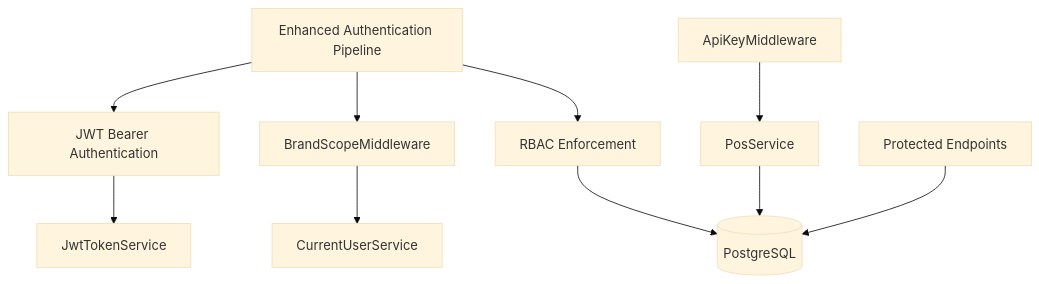
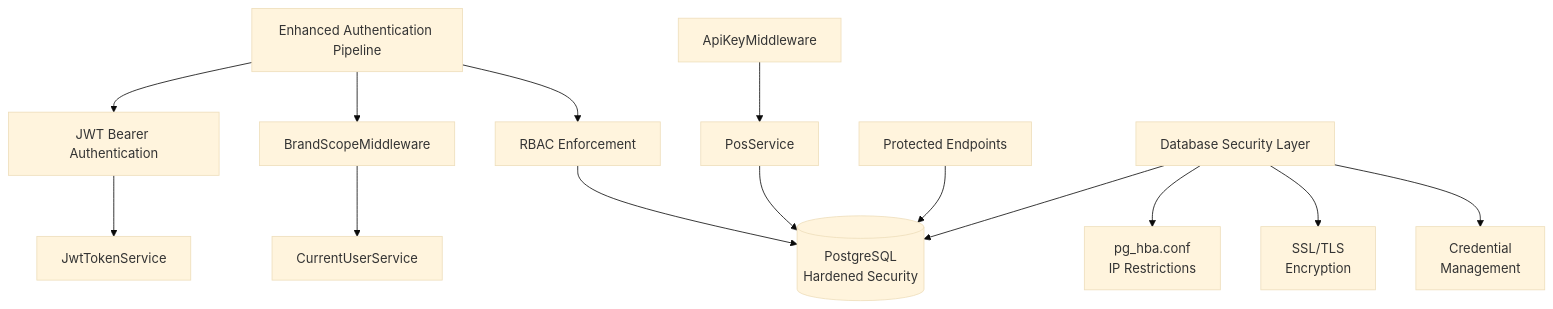
Before and after one commit to lamhongbac/NonCash: the ninth of 9 diagrams in .qoder/repowiki/en/content/System Architecture/Security Architecture.md, drawn with Mermaid (base theme). The commit also changed other lines of this file and 32 other files, not shown here.

````diff
--- a/.qoder/repowiki/en/content/System Architecture/Security Architecture.md
+++ b/.qoder/repowiki/en/content/System Architecture/Security Architecture.md
@@ -455,12 +533,16 @@
 ```mermaid
 graph TB
 AuthPipe["Enhanced Authentication Pipeline"] --> JWTAuth["JWT Bearer Authentication"]
 AuthPipe --> BrandMW["BrandScopeMiddleware"]
 JWTAuth --> JwtSvc["JwtTokenService"]
 BrandMW --> CurrentUser["CurrentUserService"]
 AuthPipe --> RBAC["RBAC Enforcement"]
 ApiKeyMW["ApiKeyMiddleware"] --> PosSvc["PosService"]
-PosSvc --> DB[("PostgreSQL")]
+PosSvc --> DB[("PostgreSQL<br/>Hardened Security")]
 RBAC --> DB
 AllEndpoints["Protected Endpoints"] --> DB
+DBSec["Database Security Layer"] --> DB
+DBSec --> PGConf["pg_hba.conf<br/>IP Restrictions"]
+DBSec --> SSLConn["SSL/TLS<br/>Encryption"]
+DBSec --> CredMgr["Credential<br/>Management"]
 ```
````
